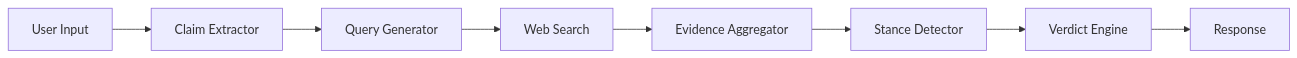
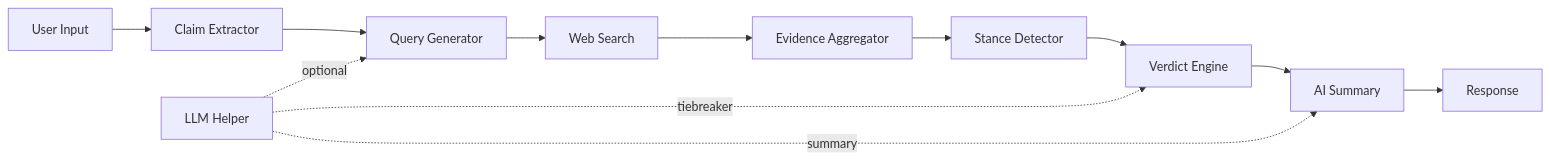
One commit to AdetyaJamwal04/Fake_News_Detection changed the diagram in README.md. Above: the diagram before and after it, drawn with Mermaid. The commit also changed other lines of this file and 20 other files, not shown here.

First line of the commit message:
feat: add LLM-powered AI verdict summary, update README with accurate project docs

````diff
--- a/README.md
+++ b/README.md
@@ -19,10 +25,15 @@
 ```mermaid
 flowchart LR
     A[User Input] --> B[Claim Extractor]
     B --> C[Query Generator]
     C --> D[Web Search]
     D --> E[Evidence Aggregator]
     E --> F[Stance Detector]
     F --> G[Verdict Engine]
-    G --> H[Response]
+    G --> H[AI Summary]
+    H --> I[Response]
+
+    L[LLM Helper] -.->|optional| C
+    L -.->|tiebreaker| G
+    L -.->|summary| H
 ```
````
